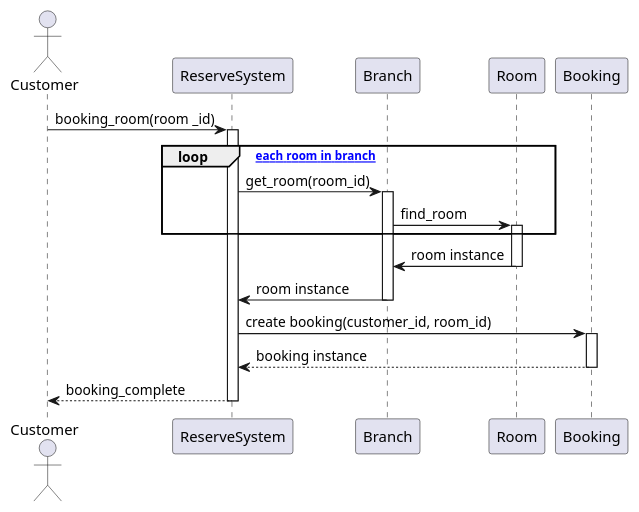
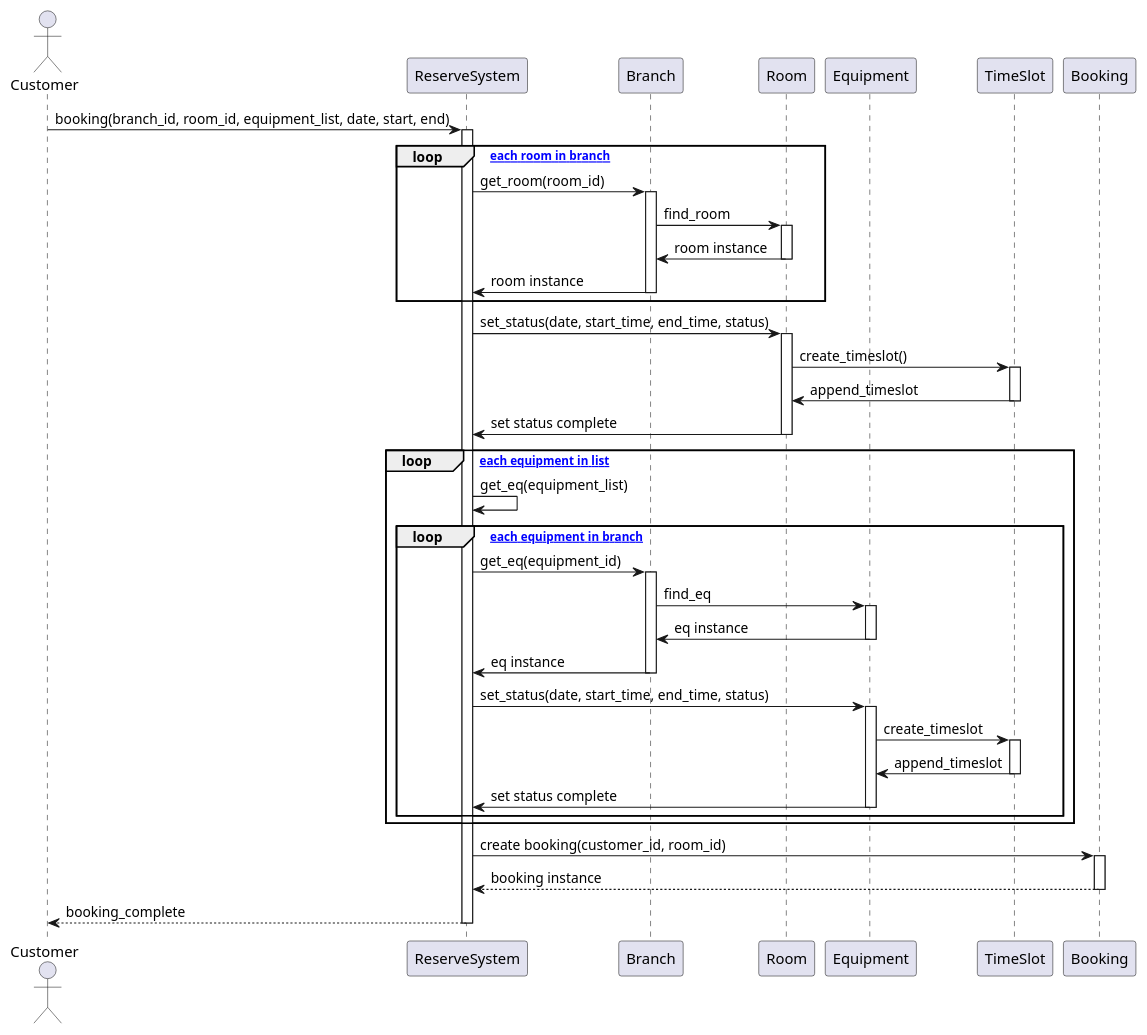
Before and after one commit to pjngth998/RhythmReserve: the diagram in diagram/sequence_diagram/book_practice_room.puml, drawn with PlantUML.

Commit message:
book practice room done

```diff
--- a/diagram/sequence_diagram/book_practice_room.puml
+++ b/diagram/sequence_diagram/book_practice_room.puml
@@ -1,40 +1,70 @@
 @startuml
 actor Customer as C
 participant ReserveSystem as Rs
 participant Branch as Br
 participant Room as R
+participant Equipment as E
+participant TimeSlot as T
 participant Booking as B
 
 
 
-C -> Rs: booking_room(room _id)
+C -> Rs: booking(branch_id, room_id, equipment_list, date, start, end)
 activate Rs
 loop [for each room in branch]
     Rs -> Br: get_room(room_id)
     activate Br
     Br -> R:find_room
     activate R
+    R -> Br: room instance
+    deactivate R
+    Br -> Rs: room instance
+    deactivate Br
     end
-R -> Br: room instance
+Rs -> R : set_status(date, start_time, end_time, status)
+activate R
+R -> T : create_timeslot()
+activate T
+T -> R : append_timeslot
+deactivate T
+R -> Rs : set status complete
 deactivate R
-Br -> Rs: room instance
-deactivate Br
+loop [for each equipment in list]
+    Rs -> Rs: get_eq(equipment_list)
+    loop [for each equipment in branch]
+        Rs -> Br: get_eq(equipment_id)
+        activate Br
+        Br -> E: find_eq
+        activate E
+        E -> Br: eq instance
+        deactivate E
+        Br -> Rs: eq instance
+        deactivate Br
+        Rs -> E: set_status(date, start_time, end_time, status)
+        activate E
+        E -> T: create_timeslot
+        activate T
+        T -> E: append_timeslot
+        deactivate T
+        E -> Rs: set status complete
+        deactivate E
+        end
+        
+    end
 Rs -> B: create booking(customer_id, room_id)
 activate B
 B --> Rs:booking instance
 deactivate B
 Rs --> C: booking_complete
 deactivate Rs
 
 
 
 
 
-
-
     
 
 
 
 
 @enduml
```
